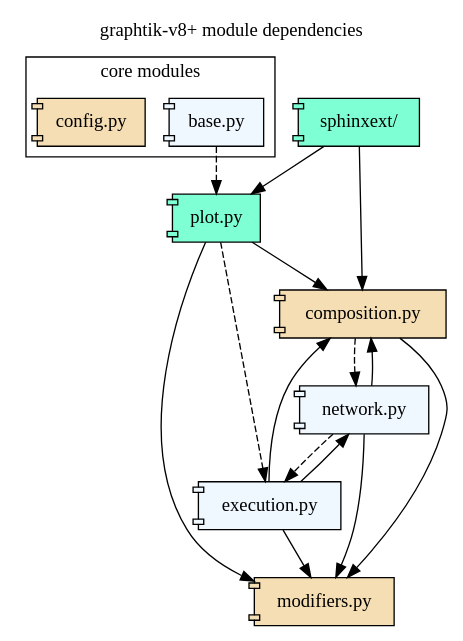
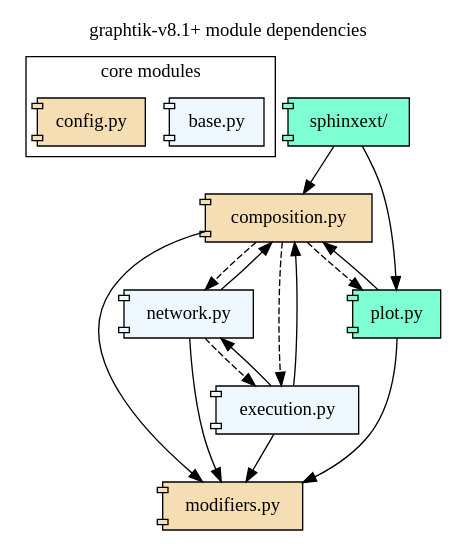
Before and after one commit to wgmo/graphtik: the diagram in docs/GraphtikModuleDependencies.dot, drawn with Graphviz. The commit also changed 1 other file, not shown here.

```diff
--- a/docs/GraphtikModuleDependencies.dot
+++ b/docs/GraphtikModuleDependencies.dot
@@ -1,54 +1,52 @@
 # Render it manually with this command, and remember to update result in git:
 #
 #   dot docs/GraphtikFlowchart.dot -Tsvg -odocs/source/images/GraphtikFlowchart-vX.Y.Z.svg
 #
 digraph {
-    label="graphtik-v8+ module dependencies";
+    label="graphtik-v8.1+ module dependencies";
     labelloc=t;
     node [style=filled];
 
     subgraph cluster_core {
          label="core modules";
          tooltip="most modules depend on them";
         "base.py"   [shape=component
-                    tooltip="(implicit) everything imports this module"
+                    tooltip="(implicit) everything imports this module, not shown"
                     fillcolor=AliceBlue
                     URL="reference.html#module-graphtik.base"];
         "config.py"      [shape=component tooltip="(public)"
                     fillcolor=wheat
                     URL="reference.html#module-graphtik.config"];
     }
     "modifiers.py"   [shape=component
                 tooltip="(public) almost everything imports this module"
                 fillcolor=wheat
                 URL="reference.html#module-graphtik.modifiers"];
     "composition.py"    [shape=component
                 tooltip="(public)"
                 fillcolor=wheat
                  URL="reference.html#module-graphtik.composition"];
     "network.py"     [shape=component
                 tooltip="(private)"
                  fillcolor=AliceBlue
                  URL="reference.html#module-graphtik.network"];
     "execution.py"   [shape=component
                 tooltip="(private)"
                  fillcolor=AliceBlue
                  URL="reference.html#module-graphtik.execution"];
     "plot.py"        [shape=component
                 tooltip="(extra)"
                  fillcolor=Aquamarine
                  URL="reference.html#module-graphtik.plot"];
     "sphinxext/"   [shape=component
                 tooltip="(extra)"
                  fillcolor=Aquamarine
                  URL="reference.html#module-graphtik.sphinxext"];
 
     {"composition.py", "network.py", "execution.py", "plot.py"} -> "modifiers.py" [tooltip="(import-time)"];
     {"network.py", "execution.py", "plot.py", "sphinxext/"} -> "composition.py" [tooltip="(import-time)"];
-    "base.py" -> "plot.py" [tooltip="(run-time)" style=dashed];
     "execution.py" -> "network.py"    [tooltip="(import-time)"];
     "network.py" -> "execution.py"    [tooltip="(run-time)" style=dashed];
-    "composition.py" -> "network.py"        [tooltip="(run-time)" style=dashed];
-    "plot.py" -> "execution.py"    [tooltip="(run-time) " style=dashed];
+    "composition.py" -> {"network.py", "execution.py", "plot.py"}       [tooltip="(run-time)" style=dashed];
     "sphinxext/" -> "plot.py"    [tooltip="(import-time)"];
 }
```
